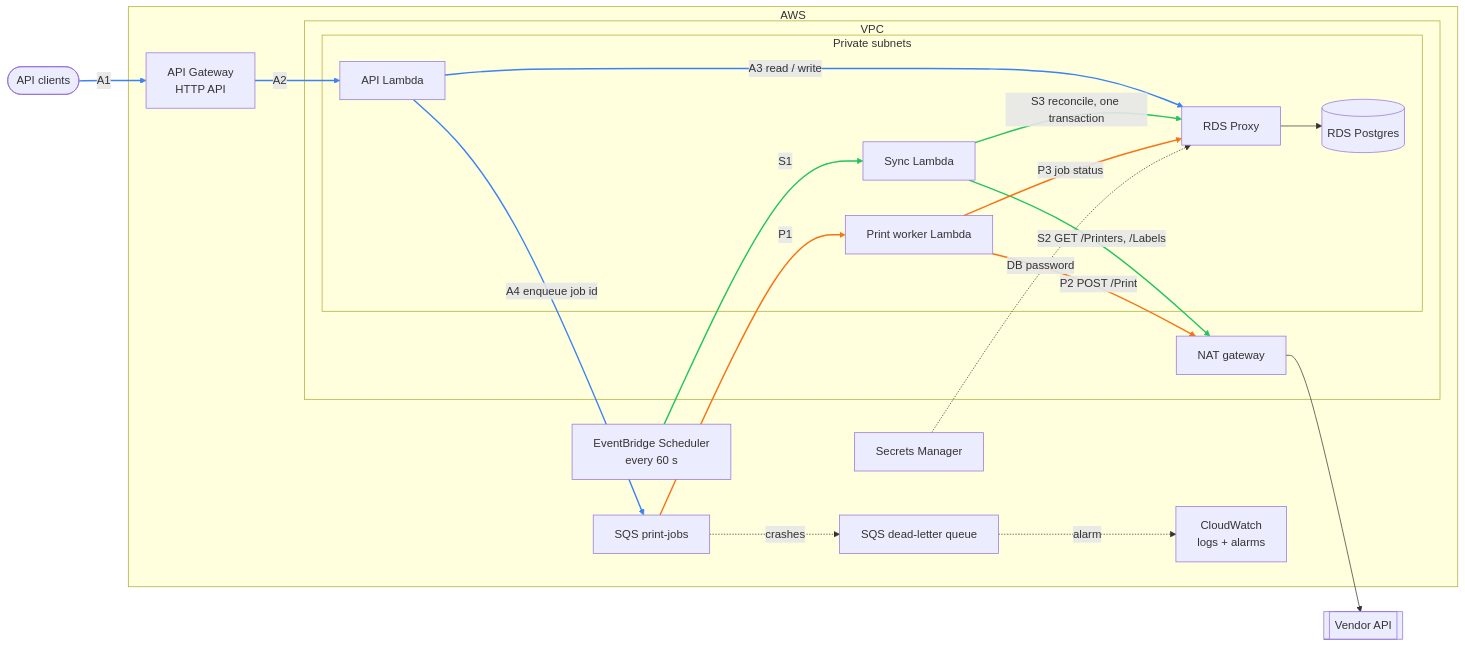
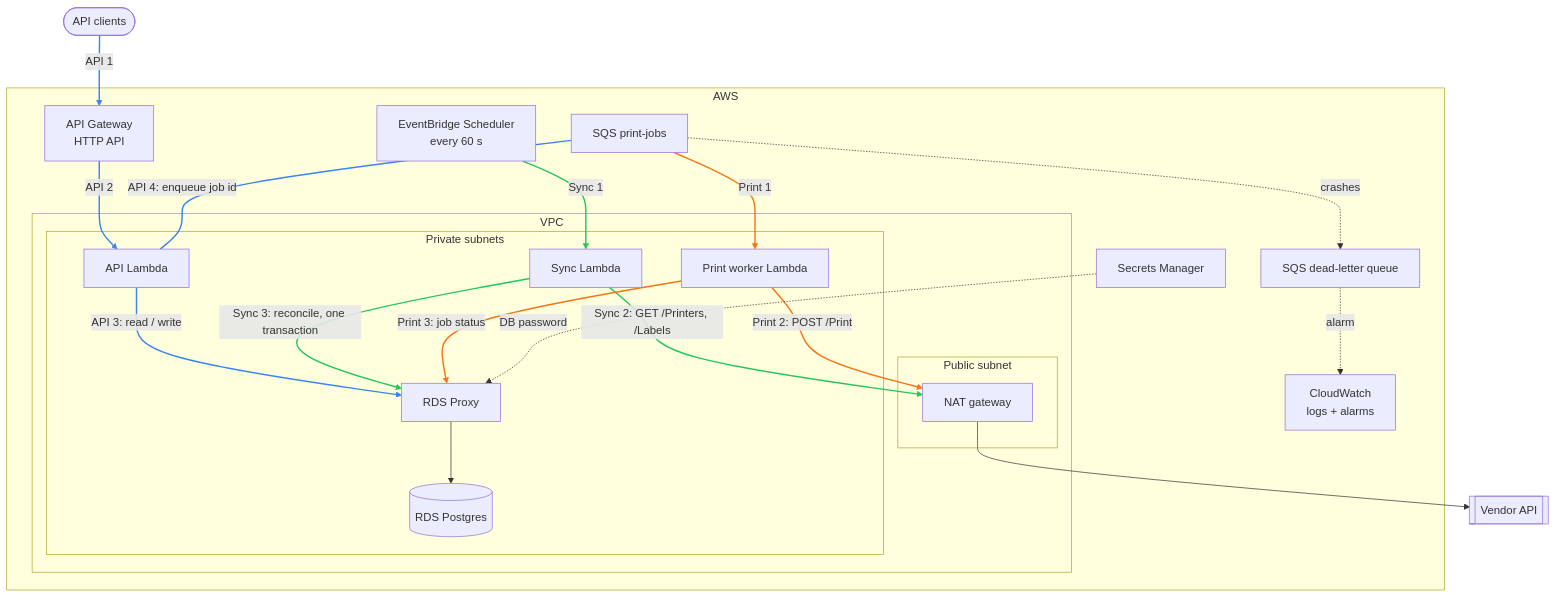
One commit to baekdahl/print-manager changed the second of 4 diagrams in docs/design.md. Above: the diagram before and after it, drawn with Mermaid. The commit also changed other lines of this file, not shown here.

Commit message:
Lay out the solution diagram vertically: triggers, compute, data

````diff
--- a/docs/design.md
+++ b/docs/design.md
@@ -55,48 +55,50 @@
 ```mermaid
-flowchart LR
+flowchart TB
   client([API clients])
   vendor[[Vendor API]]
 
   subgraph aws[AWS]
     apigw[API Gateway<br/>HTTP API]
     sched[EventBridge Scheduler<br/>every 60 s]
     sqs[SQS print-jobs]
     dlq[SQS dead-letter queue]
     cw[CloudWatch<br/>logs + alarms]
     secrets[Secrets Manager]
 
     subgraph vpc[VPC]
       subgraph private[Private subnets]
         api[API Lambda]
         sync[Sync Lambda]
         worker[Print worker Lambda]
         proxy[RDS Proxy]
         db[(RDS Postgres)]
       end
-      nat[NAT gateway]
+      subgraph public[Public subnet]
+        nat[NAT gateway]
+      end
     end
   end
 
-  client -- A1 --> apigw
-  apigw -- A2 --> api
-  api -- "A3 read / write" --> proxy
-  api -- "A4 enqueue job id" --> sqs
+  client -- "API 1" --> apigw
+  apigw -- "API 2" --> api
+  api -- "API 3: read / write" --> proxy
+  sqs -- "API 4: enqueue job id" --- api
 
-  sched -- S1 --> sync
-  sync -- "S2 GET /Printers, /Labels" --> nat
-  sync -- "S3 reconcile, one transaction" --> proxy
+  sched -- "Sync 1" --> sync
+  sync -- "Sync 2: GET /Printers, /Labels" --> nat
+  sync -- "Sync 3: reconcile, one transaction" --> proxy
 
-  sqs -- P1 --> worker
-  worker -- "P2 POST /Print" --> nat
-  worker -- "P3 job status" --> proxy
+  sqs -- "Print 1" --> worker
+  worker -- "Print 2: POST /Print" --> nat
+  worker -- "Print 3: job status" --> proxy
 
   proxy --> db
   nat --> vendor
   sqs -. crashes .-> dlq
   dlq -. alarm .-> cw
   secrets -. DB password .-> proxy
 
   linkStyle 0,1,2,3 stroke:#3b82f6,stroke-width:2px
   linkStyle 4,5,6 stroke:#22c55e,stroke-width:2px
   linkStyle 7,8,9 stroke:#f97316,stroke-width:2px
 ```
````
